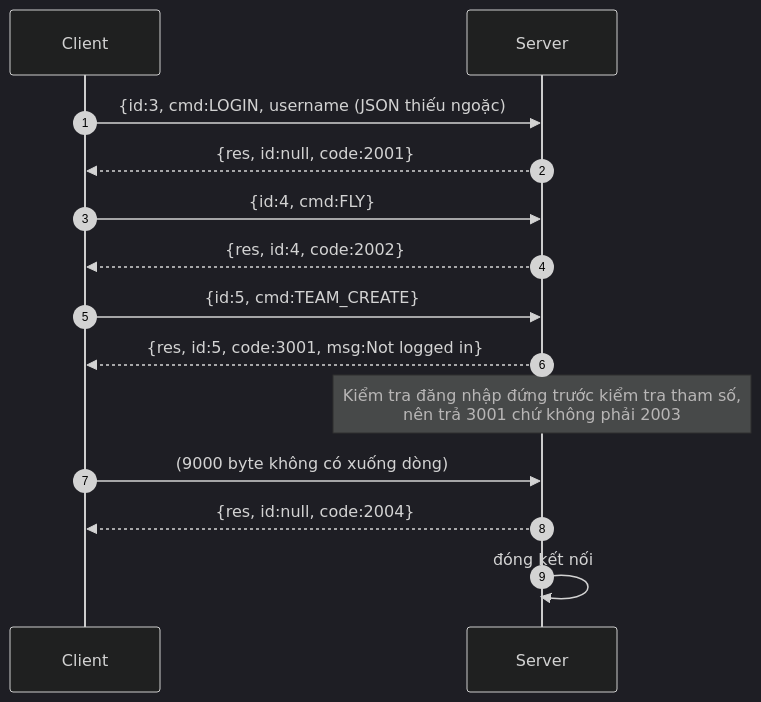
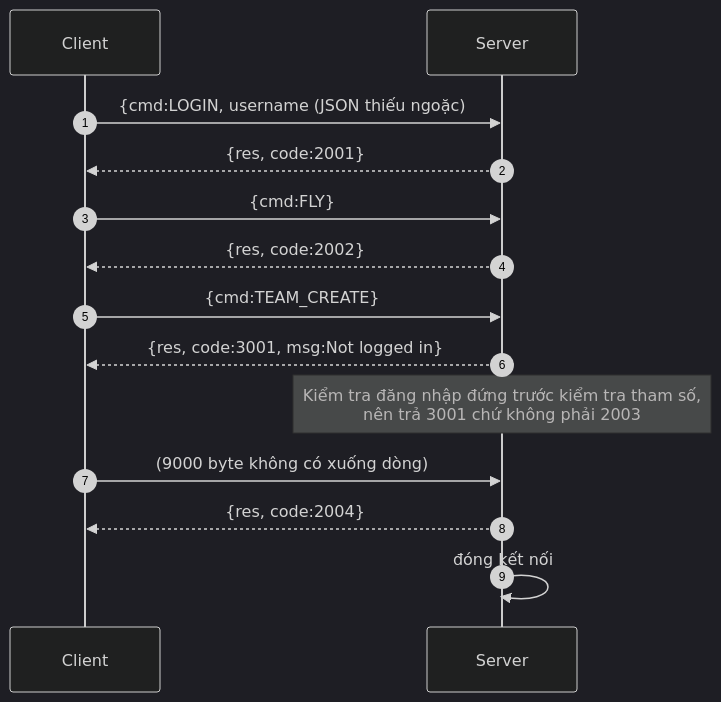
The diagram in Project/docs/design/diagrams/sequence/11-error-format.md (dson19/network), drawn with Mermaid (dark theme) before and after one commit. The commit also changed 24 other files, not shown here.

````diff
--- a/Project/docs/design/diagrams/sequence/11-error-format.md
+++ b/Project/docs/design/diagrams/sequence/11-error-format.md
@@ -5,17 +5,17 @@
 ```mermaid
 sequenceDiagram
     autonumber
     participant C as Client
     participant S as Server
 
-    C->>S: {id:3, cmd:LOGIN, username (JSON thiếu ngoặc)
-    S-->>C: {res, id:null, code:2001}
-    C->>S: {id:4, cmd:FLY}
-    S-->>C: {res, id:4, code:2002}
-    C->>S: {id:5, cmd:TEAM_CREATE}
-    S-->>C: {res, id:5, code:3001, msg:Not logged in}
+    C->>S: {cmd:LOGIN, username (JSON thiếu ngoặc)
+    S-->>C: {res, code:2001}
+    C->>S: {cmd:FLY}
+    S-->>C: {res, code:2002}
+    C->>S: {cmd:TEAM_CREATE}
+    S-->>C: {res, code:3001, msg:Not logged in}
     Note over S: Kiểm tra đăng nhập đứng trước kiểm tra tham số,<br/>nên trả 3001 chứ không phải 2003
     C->>S: (9000 byte không có xuống dòng)
-    S-->>C: {res, id:null, code:2004}
+    S-->>C: {res, code:2004}
     S->>S: đóng kết nối
 ```
````
